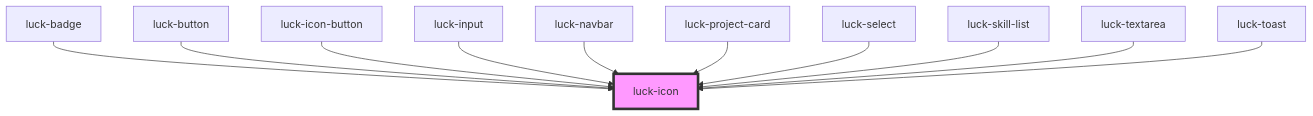
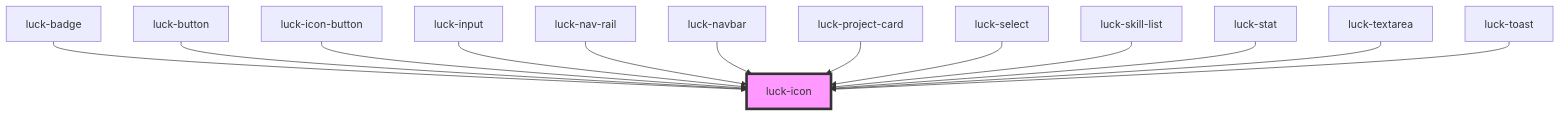
One commit to welllucky/Luck-Design-System changed the diagram in packages/core/src/components/luck-icon/readme.md. Above: the diagram before and after it, drawn with Mermaid. The commit also changed other lines of this file and 24 other files, not shown here.

First line of the commit message:
feat(core): adiciona luck-nav-rail, luck-stat, luck-meter e luck-message

````diff
--- a/packages/core/src/components/luck-icon/readme.md
+++ b/packages/core/src/components/luck-icon/readme.md
@@ -46,14 +48,16 @@
 ```mermaid
 graph TD;
   luck-badge --> luck-icon
   luck-button --> luck-icon
   luck-icon-button --> luck-icon
   luck-input --> luck-icon
+  luck-nav-rail --> luck-icon
   luck-navbar --> luck-icon
   luck-project-card --> luck-icon
   luck-select --> luck-icon
   luck-skill-list --> luck-icon
+  luck-stat --> luck-icon
   luck-textarea --> luck-icon
   luck-toast --> luck-icon
   style luck-icon fill:#f9f,stroke:#333,stroke-width:4px
 ```
````
